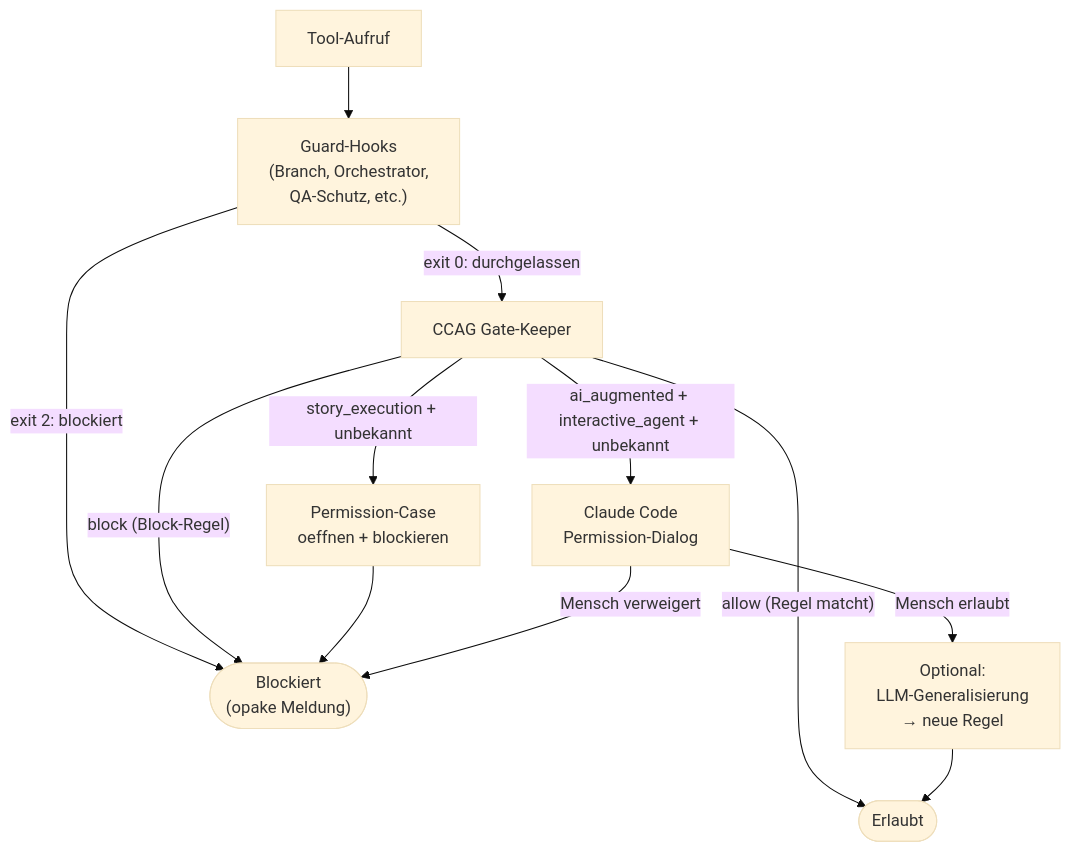
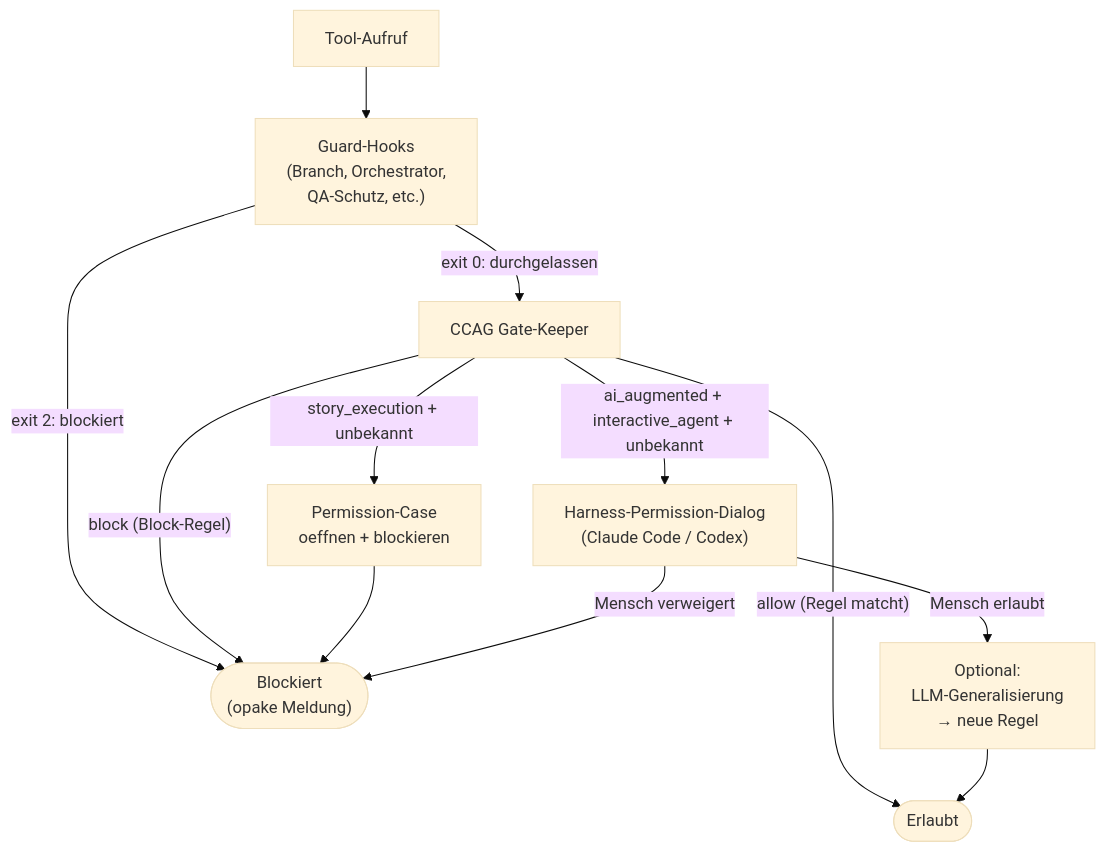
One commit to saltenhof/claude-agentkit3 changed the diagram in concept/technical-design/42_ccag_tool_governance_permission_runtime.md. Above: the diagram before and after it, drawn with Mermaid (base theme). The commit also changed other lines of this file, not shown here.

First line of the commit message:
FK-42 Hygiene: Multi-Harness, AK3-Implementierungs-Anker, CP-Drift

````diff
--- a/concept/technical-design/42_ccag_tool_governance_permission_runtime.md
+++ b/concept/technical-design/42_ccag_tool_governance_permission_runtime.md
@@ -370,16 +378,16 @@
 ```mermaid
 flowchart TD
     CALL["Tool-Aufruf"] --> GUARDS["Guard-Hooks<br/>(Branch, Orchestrator,<br/>QA-Schutz, etc.)"]
     GUARDS -->|"exit 2: blockiert"| BLOCKED(["Blockiert<br/>(opake Meldung)"])
     GUARDS -->|"exit 0: durchgelassen"| CCAG["CCAG Gate-Keeper"]
 
     CCAG -->|"allow (Regel matcht)"| PASS(["Erlaubt"])
     CCAG -->|"block (Block-Regel)"| BLOCKED
     CCAG -->|"story_execution + unbekannt"| CASE["Permission-Case<br/>oeffnen + blockieren"]
     CASE --> BLOCKED
-    CCAG -->|"ai_augmented + interactive_agent + unbekannt"| CLAUDE["Claude Code<br/>Permission-Dialog"]
+    CCAG -->|"ai_augmented + interactive_agent + unbekannt"| HOST["Harness-Permission-Dialog<br/>(Claude Code / Codex)"]
 
-    CLAUDE -->|"Mensch erlaubt"| LEARN["Optional:<br/>LLM-Generalisierung<br/>→ neue Regel"]
+    HOST -->|"Mensch erlaubt"| LEARN["Optional:<br/>LLM-Generalisierung<br/>→ neue Regel"]
     LEARN --> PASS
-    CLAUDE -->|"Mensch verweigert"| BLOCKED
+    HOST -->|"Mensch verweigert"| BLOCKED
 ```
````
